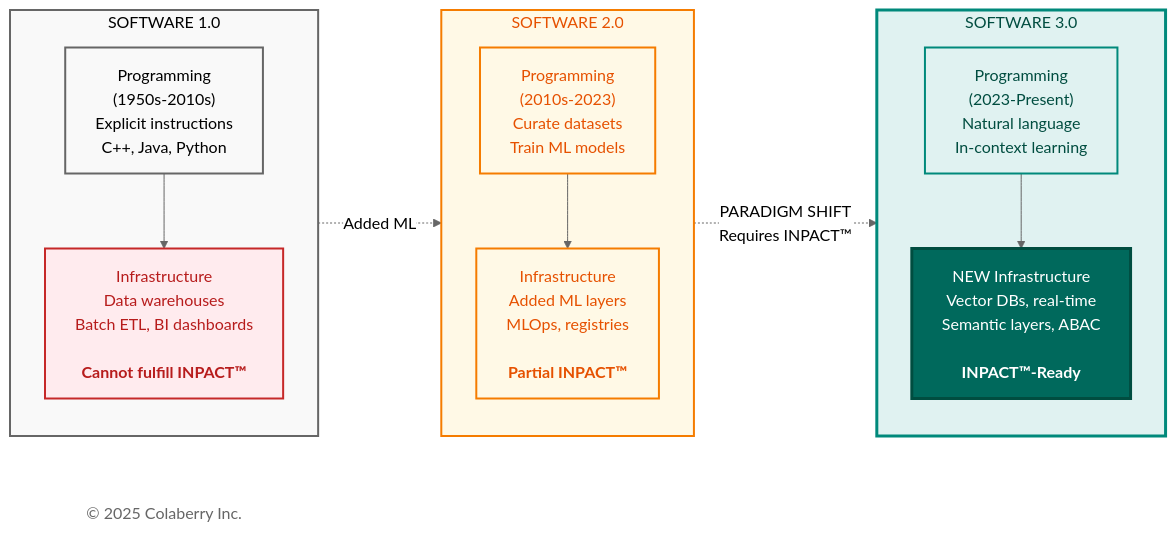
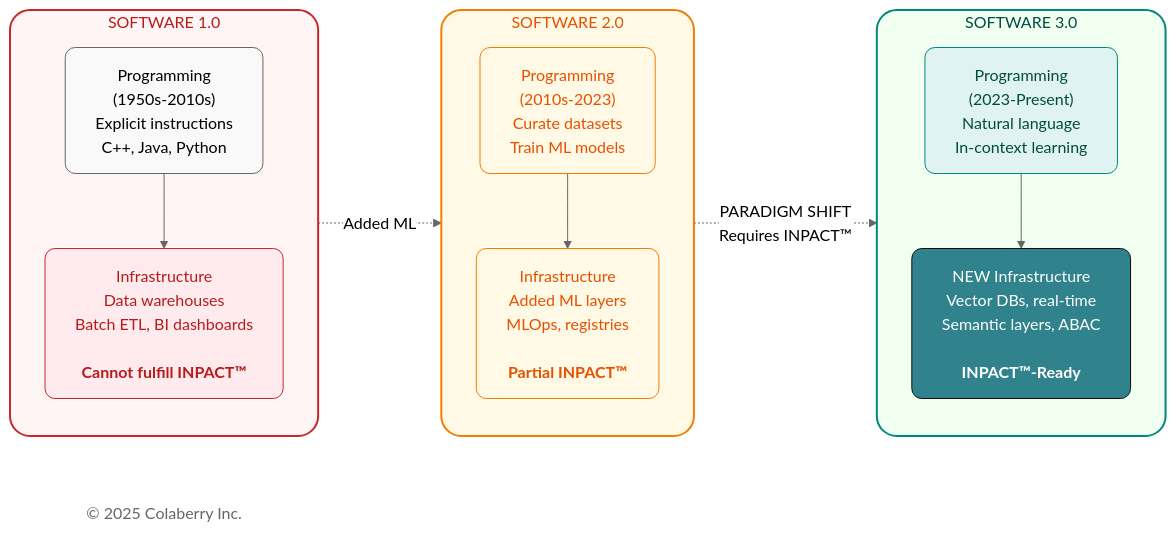
One commit to saitejesh-cyber/trust-before-intelligence-book changed the third of 6 diagrams in manuscript/02_chapter_1_why_agents_fail.md. Above: the diagram before and after it, drawn with Mermaid (neutral theme). The commit also changed other lines of this file, not shown here.

Commit message:
Chapter2: Updated mermaid diagrams based on new colaberry color code

````diff
--- a/manuscript/02_chapter_1_why_agents_fail.md
+++ b/manuscript/02_chapter_1_why_agents_fail.md
@@ -406,38 +405,38 @@
 ```mermaid
 
 graph LR
     subgraph sw1["SOFTWARE 1.0"]
         direction TB
         prog1["Programming<br/>(1950s-2010s)<br/>Explicit instructions<br/>C++, Java, Python"]
         infra1["Infrastructure<br/>Data warehouses<br/>Batch ETL, BI dashboards<br/><br/><b>Cannot fulfill INPACT™"</b>]
         prog1 --> infra1
     end
     subgraph sw2["SOFTWARE 2.0"]
         direction TB
         prog2["Programming<br/>(2010s-2023)<br/>Curate datasets<br/>Train ML models"]
         infra2["Infrastructure<br/>Added ML layers<br/>MLOps, registries<br/><br/><b>Partial INPACT™"</b>]
         prog2 --> infra2
     end
     subgraph sw3["SOFTWARE 3.0"]
         direction TB
         prog3["Programming<br/>(2023-Present)<br/>Natural language<br/>In-context learning"]
         infra3["NEW Infrastructure<br/>Vector DBs, real-time<br/>Semantic layers, ABAC<br/><br/><b>INPACT™-Ready</b>"]
         prog3 --> infra3
     end
     sw1 -.->|"Added ML"| sw2
     sw2 -.->|"PARADIGM SHIFT<br/>Requires INPACT™"| sw3
     
     Copyright["© 2025 Colaberry Inc."]
-    
-    style sw1 fill:#f9f9f9,stroke:#666666,stroke-width:2px,color:#000000
-    style sw2 fill:#fff9e6,stroke:#f57c00,stroke-width:2px,color:#e65100
-    style sw3 fill:#e0f2f1,stroke:#00897b,stroke-width:3px,color:#004d40
-    style prog1 fill:#f9f9f9,stroke:#666666,stroke-width:2px,color:#000000
-    style infra1 fill:#ffebee,stroke:#c62828,stroke-width:2px,color:#b71c1c
-    style prog2 fill:#fff9e6,stroke:#f57c00,stroke-width:2px,color:#e65100
-    style infra2 fill:#fff9e6,stroke:#f57c00,stroke-width:2px,color:#e65100
-    style prog3 fill:#e0f2f1,stroke:#00897b,stroke-width:2px,color:#004d40
-    style infra3 fill:#00695c,color:#ffffff,stroke:#004d40,stroke-width:3px
-    style Copyright fill:#ffffff,stroke:none,color:#666666
+
+    style sw1 fill:#fff5f5,stroke:#c62828,stroke-width:2px,color:#b71c1c,rx:20,ry:20
+    style infra1 fill:#ffebee,stroke:#c62828,stroke-width:1px,color:#b71c1c,rx:10,ry:10
+    style prog1 fill:#f9f9f9,stroke:#666666,stroke-width:1px,color:#000000,rx:10,ry:10
+    style sw2 fill:#fff9e6,stroke:#f57c00,stroke-width:2px,color:#e65100,rx:20,ry:20
+    style prog2 fill:#fff9e6,stroke:#f57c00,stroke-width:1px,color:#e65100,rx:10,ry:10
+    style infra2 fill:#fff9e6,stroke:#f57c00,stroke-width:1px,color:#e65100,rx:10,ry:10
+    style sw3 fill:#f0fff0,stroke:#00897b,stroke-width:2px,color:#004d40,rx:20,ry:20
+    style prog3 fill:#e0f2f1,stroke:#00897b,stroke-width:1px,color:#004d40,rx:10,ry:10
+    style infra3 fill:#30838C,stroke:#0D0D0D,stroke-width:1px,color:#ffffff,rx:10,ry:10
+    style Copyright fill:none,stroke:none,color:#666666
 
 ```
````
